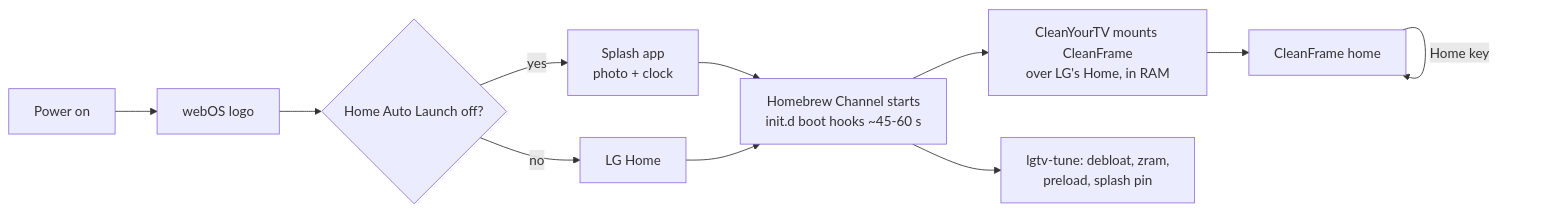
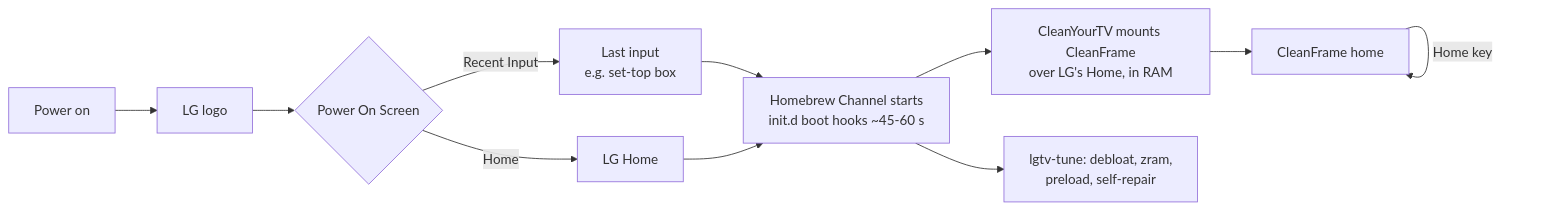
One commit to Anexeus/lg-webos-clean-home changed the diagram in README.md. Above: the diagram before and after it, drawn with Mermaid. The commit also changed other lines of this file and 9 other files, not shown here.

First line of the commit message:
Boot: rely on Power On Screen = Recent Input, drop the splash app

````diff
--- a/README.md
+++ b/README.md
@@ -189,13 +182,13 @@
 ```mermaid
 flowchart LR
-    A[Power on] --> B[webOS logo]
-    B --> C{Home Auto Launch off?}
-    C -- yes --> D[Splash app<br/>photo + clock]
-    C -- no --> E[LG Home]
+    A[Power on] --> B[LG logo]
+    B --> C{Power On Screen}
+    C -- Recent Input --> D[Last input<br/>e.g. set-top box]
+    C -- Home --> E[LG Home]
     D --> F[Homebrew Channel starts<br/>init.d boot hooks ~45-60 s]
     E --> F
     F --> G[CleanYourTV mounts CleanFrame<br/>over LG's Home, in RAM]
     G --> H[CleanFrame home]
-    F --> I[lgtv-tune: debloat, zram,<br/>preload, splash pin]
+    F --> I[lgtv-tune: debloat, zram,<br/>preload, self-repair]
     H -- Home key --> H
 ```
````
